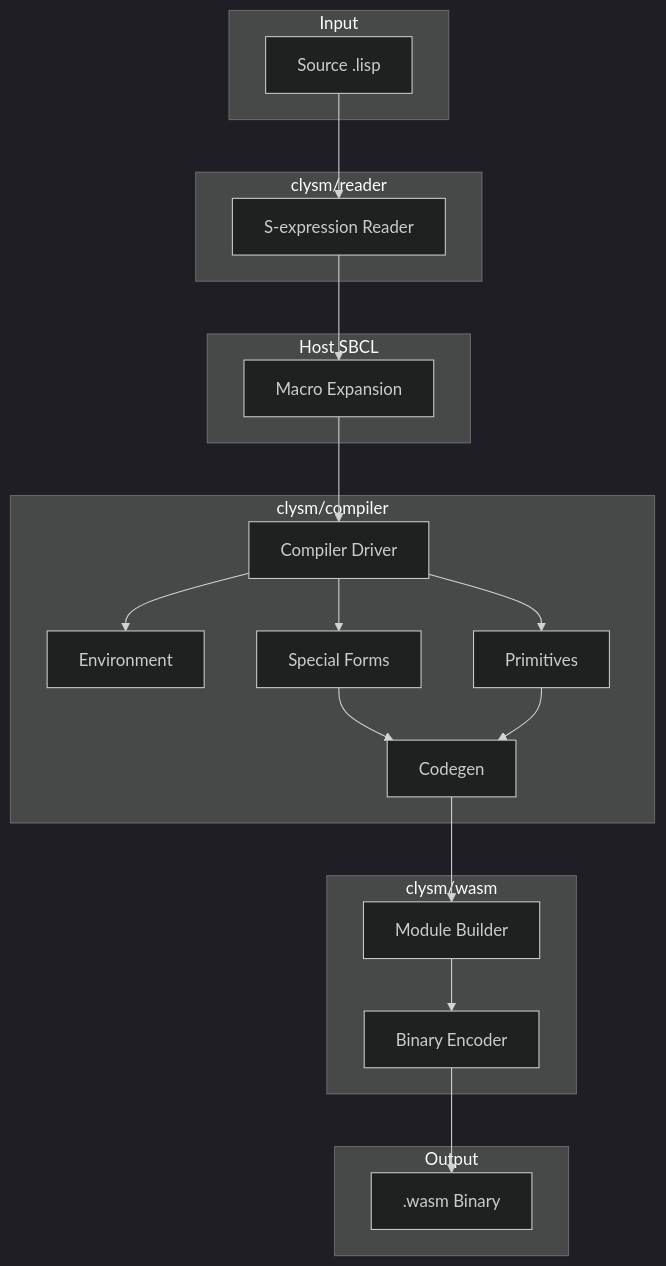
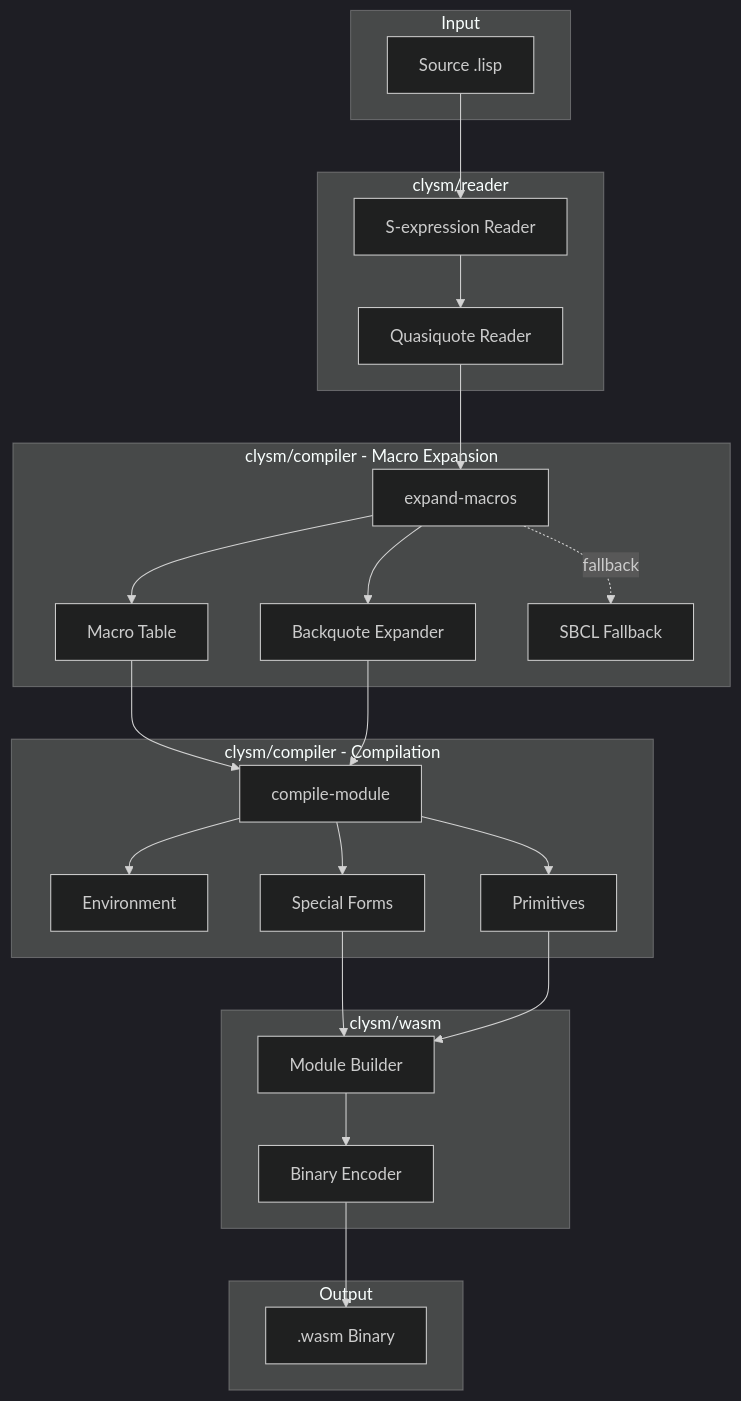
The first of 2 diagrams in ARCHITECTURE.md (cxxxr/clysm), drawn with Mermaid (dark theme) before and after one commit. The commit also changed other lines of this file, not shown here.

````diff
--- a/ARCHITECTURE.md
+++ b/ARCHITECTURE.md
@@ -29,43 +31,50 @@
 ```mermaid
 flowchart TD
     subgraph Input
         SRC[Source .lisp]
     end
 
     subgraph "clysm/reader"
         READER[S-expression Reader]
+        QQ[Quasiquote Reader]
     end
 
-    subgraph "Host SBCL"
-        MACROEXP[Macro Expansion]
+    subgraph "clysm/compiler - Macro Expansion"
+        MT[Macro Table]
+        BQ[Backquote Expander]
+        SBCL[SBCL Fallback]
+        ME[expand-macros]
     end
 
-    subgraph "clysm/compiler"
+    subgraph "clysm/compiler - Compilation"
         ENV[Environment]
         SF[Special Forms]
         PRIM[Primitives]
-        CG[Codegen]
-        COMPILER[Compiler Driver]
+        COMPILER[compile-module]
     end
 
     subgraph "clysm/wasm"
         MOD[Module Builder]
         ENC[Binary Encoder]
     end
 
     subgraph Output
         WASM[.wasm Binary]
     end
 
     SRC --> READER
-    READER --> MACROEXP
-    MACROEXP --> COMPILER
+    READER --> QQ
+    QQ --> ME
+    ME --> MT
+    ME --> BQ
+    ME -.->|fallback| SBCL
+    MT --> COMPILER
+    BQ --> COMPILER
     COMPILER --> ENV
     COMPILER --> SF
     COMPILER --> PRIM
-    SF --> CG
-    PRIM --> CG
-    CG --> MOD
+    SF --> MOD
+    PRIM --> MOD
     MOD --> ENC
     ENC --> WASM
 ```
````
